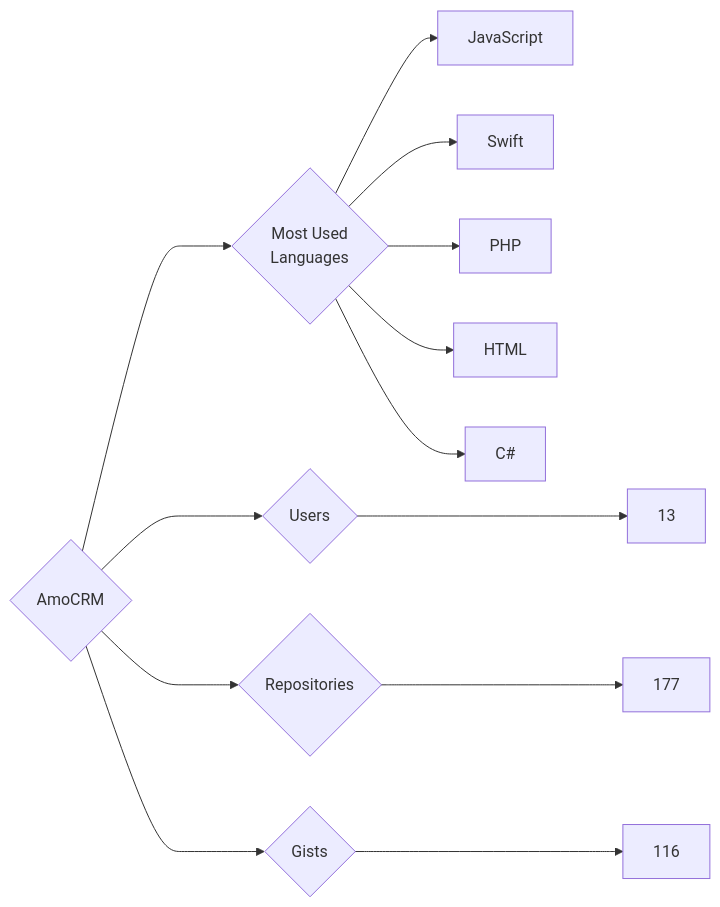
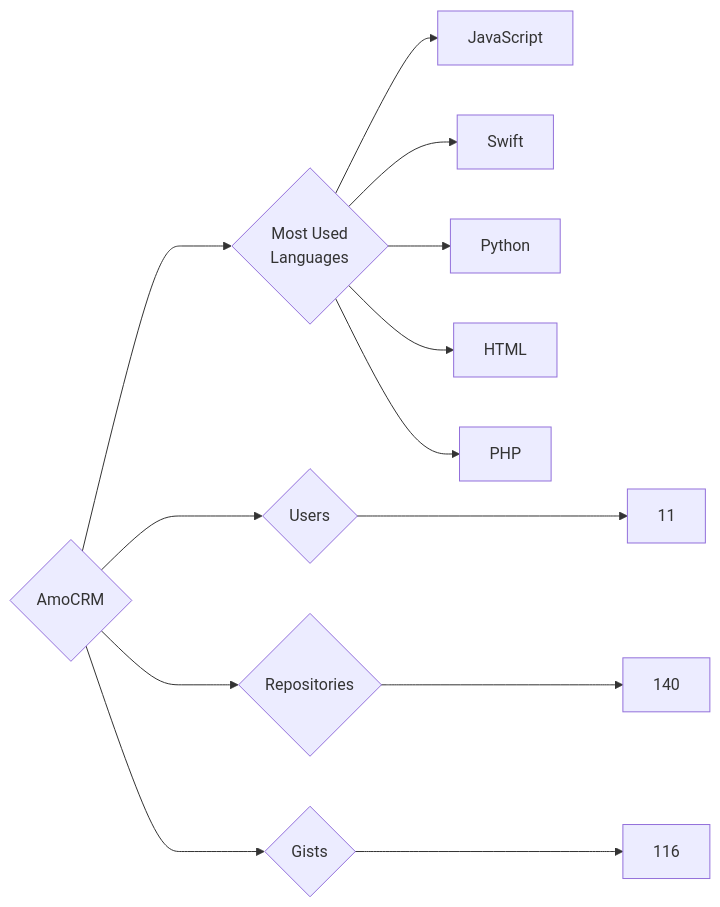
The diagram in targets/AmoCRM/README.md (trickest/insiders), drawn with Mermaid before and after one commit. The commit also changed 782 other files, not shown here.

````diff
--- a/targets/AmoCRM/README.md
+++ b/targets/AmoCRM/README.md
@@ -3,13 +3,13 @@
 ```mermaid
 graph LR
 COMPANY_NAME{AmoCRM}
-COMPANY_NAME ---> U{Users} ---> UN[13]
-COMPANY_NAME ---> R{Repositories} ---> RN[177]
+COMPANY_NAME ---> U{Users} ---> UN[11]
+COMPANY_NAME ---> R{Repositories} ---> RN[140]
 COMPANY_NAME ---> G{Gists} ---> GN[116]
 COMPANY_NAME ---> ML{Most Used<br>Languages}
 ML --> JavaScript[JavaScript]
 ML --> Swift[Swift]
+ML --> Python[Python]
+ML --> HTML[HTML]
 ML --> PHP[PHP]
-ML --> HTML[HTML]
-ML --> C#[C#]
 ```
````
